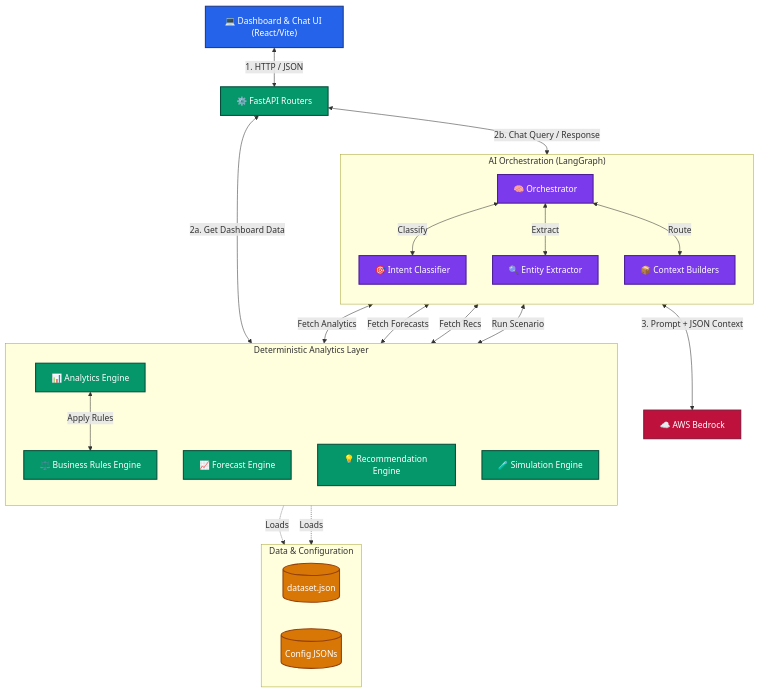
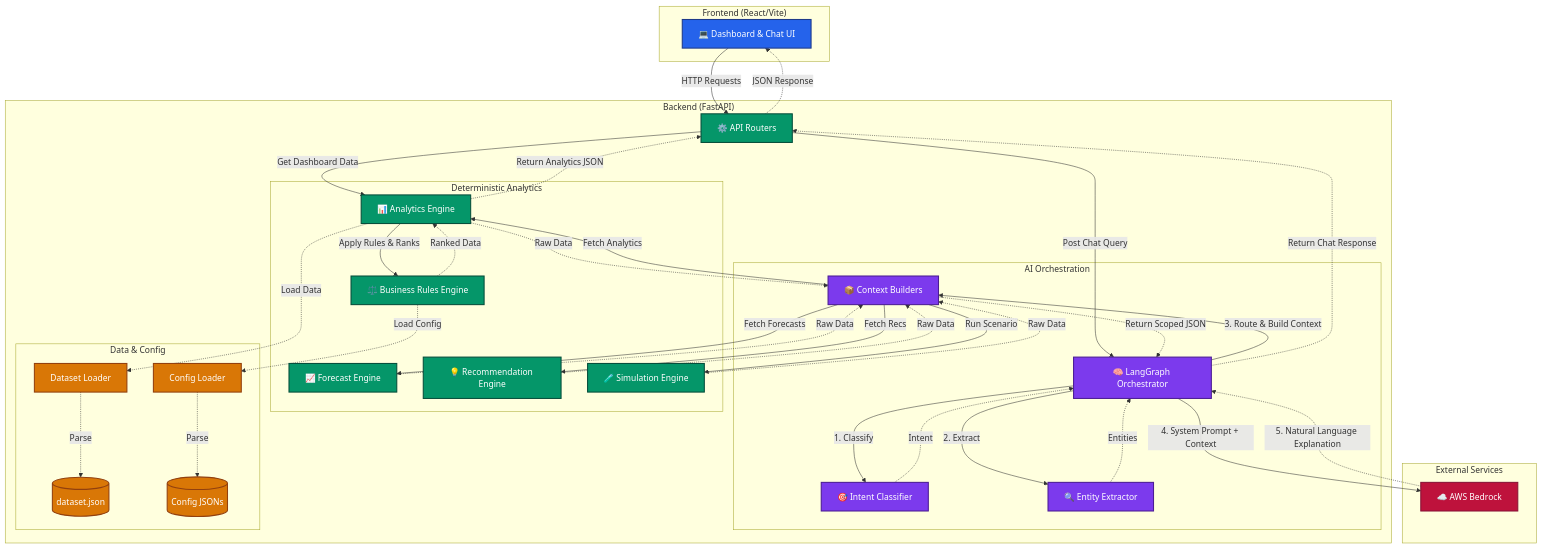
One commit to Noel9812/CUIA changed the diagram in docs/02_SYSTEM_ARCHITECTURE.md. Above: the diagram before and after it, drawn with Mermaid.

Commit message:
chore:docs update

````diff
--- a/docs/02_SYSTEM_ARCHITECTURE.md
+++ b/docs/02_SYSTEM_ARCHITECTURE.md
@@ -13,59 +13,81 @@
     classDef storage fill:#d97706,stroke:#92400e,stroke-width:2px,color:#fff;
     classDef external fill:#be123c,stroke:#881337,stroke-width:2px,color:#fff;
 
-    %% Elements
-    UI["💻 Dashboard & Chat UI (React/Vite)"]:::frontend
-    
-    API["⚙️ FastAPI Routers"]:::backend
-    
-    subgraph AI ["AI Orchestration (LangGraph)"]
-        direction TB
-        LG["🧠 Orchestrator"]:::ai
-        IC["🎯 Intent Classifier"]:::ai
-        EE["🔍 Entity Extractor"]:::ai
-        CB["📦 Context Builders"]:::ai
+    subgraph Frontend ["Frontend (React/Vite)"]
+        UI["💻 Dashboard & Chat UI"]:::frontend
     end
-    
-    subgraph Analytics ["Deterministic Analytics Layer"]
-        direction TB
-        AE["📊 Analytics Engine"]:::backend
-        FE["📈 Forecast Engine"]:::backend
-        RE["💡 Recommendation Engine"]:::backend
-        SE["🧪 Simulation Engine"]:::backend
-        BRE["⚖️ Business Rules Engine"]:::backend
+
+    subgraph Backend ["Backend (FastAPI)"]
+        API["⚙️ API Routers"]:::backend
+        
+        subgraph AI_Layer ["AI Orchestration"]
+            LG["🧠 LangGraph Orchestrator"]:::ai
+            IC["🎯 Intent Classifier"]:::ai
+            EE["🔍 Entity Extractor"]:::ai
+            CB["📦 Context Builders"]:::ai
+        end
+        
+        subgraph Analytics_Layer ["Deterministic Analytics"]
+            AE["📊 Analytics Engine"]:::backend
+            BRE["⚖️ Business Rules Engine"]:::backend
+            FE["📈 Forecast Engine"]:::backend
+            RE["💡 Recommendation Engine"]:::backend
+            SE["🧪 Simulation Engine"]:::backend
+        end
+        
+        subgraph Data_Layer ["Data & Config"]
+            DS[("dataset.json")]:::storage
+            CFG[("Config JSONs")]:::storage
+            DL["Dataset Loader"]:::storage
+            CL["Config Loader"]:::storage
+        end
     end
-    
-    subgraph Data ["Data & Configuration"]
-        direction LR
-        DS[("dataset.json")]:::storage
-        CFG[("Config JSONs")]:::storage
+
+    subgraph External ["External Services"]
+        LLM["☁️ AWS Bedrock"]:::external
     end
-    
-    LLM["☁️ AWS Bedrock"]:::external
 
-    %% Routing
-    UI <-->|1. HTTP / JSON| API
+    %% Control / Data Flow
+    UI -->|HTTP Requests| API
     
     %% Dashboard Flow
-    API <-->|2a. Get Dashboard Data| AE
-    AE <-->|Apply Rules| BRE
+    API -->|Get Dashboard Data| AE
+    AE -.->|Return Analytics JSON| API
     
     %% Copilot Flow
-    API <-->|2b. Chat Query / Response| LG
+    API -->|Post Chat Query| LG
     
-    LG <-->|Classify| IC
-    LG <-->|Extract| EE
-    LG <-->|Route| CB
+    LG -->|1. Classify| IC
+    IC -.->|Intent| LG
     
-    CB <-->|Fetch Analytics| AE
-    CB <-->|Fetch Forecasts| FE
-    CB <-->|Fetch Recs| RE
-    CB <-->|Run Scenario| SE
+    LG -->|2. Extract| EE
+    EE -.->|Entities| LG
     
-    %% Data Loading
-    AE -.->|Loads| DS
-    BRE -.->|Loads| CFG
+    LG -->|3. Route & Build Context| CB
     
-    %% LLM Execution
-    LG <-->|3. Prompt + JSON Context| LLM
+    CB -->|Fetch Analytics| AE
+    CB -->|Fetch Forecasts| FE
+    CB -->|Fetch Recs| RE
+    CB -->|Run Scenario| SE
+    
+    AE -.->|Raw Data| CB
+    FE -.->|Raw Data| CB
+    RE -.->|Raw Data| CB
+    SE -.->|Raw Data| CB
+    
+    AE -->|Apply Rules & Ranks| BRE
+    BRE -.->|Ranked Data| AE
+    
+    AE -.->|Load Data| DL
+    BRE -.->|Load Config| CL
+    DL -.->|Parse| DS
+    CL -.->|Parse| CFG
+    
+    CB -.->|Return Scoped JSON| LG
+    
+    LG -->|4. System Prompt + Context| LLM
+    LLM -.->|5. Natural Language Explanation| LG
+    
+    LG -.->|Return Chat Response| API
+    API -.->|JSON Response| UI
 ```
````
